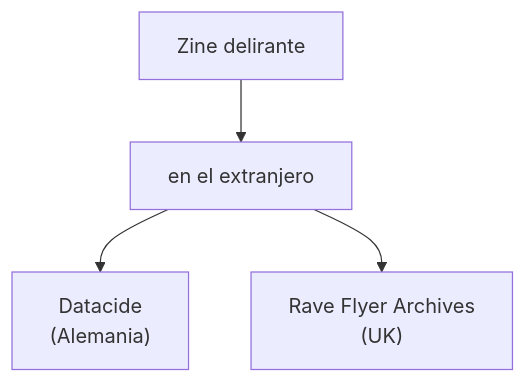
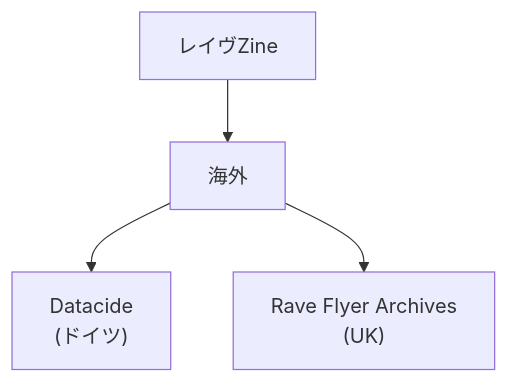
The diagram in es/_posts/2025-09-29-Column-Rave-Zine-Save.md (monumental-movement/monumental-movement.github.io), drawn with Mermaid before and after one commit. The commit also changed other lines of this file and 299 other files, not shown here.

```diff
--- a/es/_posts/2025-09-29-Column-Rave-Zine-Save.md
+++ b/es/_posts/2025-09-29-Column-Rave-Zine-Save.md
@@ -98,8 +98,8 @@
 <div class="mermaid">
 flowchart TD
 
-    A["Zine delirante"] --> B["en el extranjero"]
+    A["レイヴZine"] --> B["海外"]
     
-    B --> B1["Datacide<br>(Alemania)"]
+    B --> B1["Datacide<br>(ドイツ)"]
     B --> B2["Rave Flyer Archives<br>(UK)"]
 </div>
```
